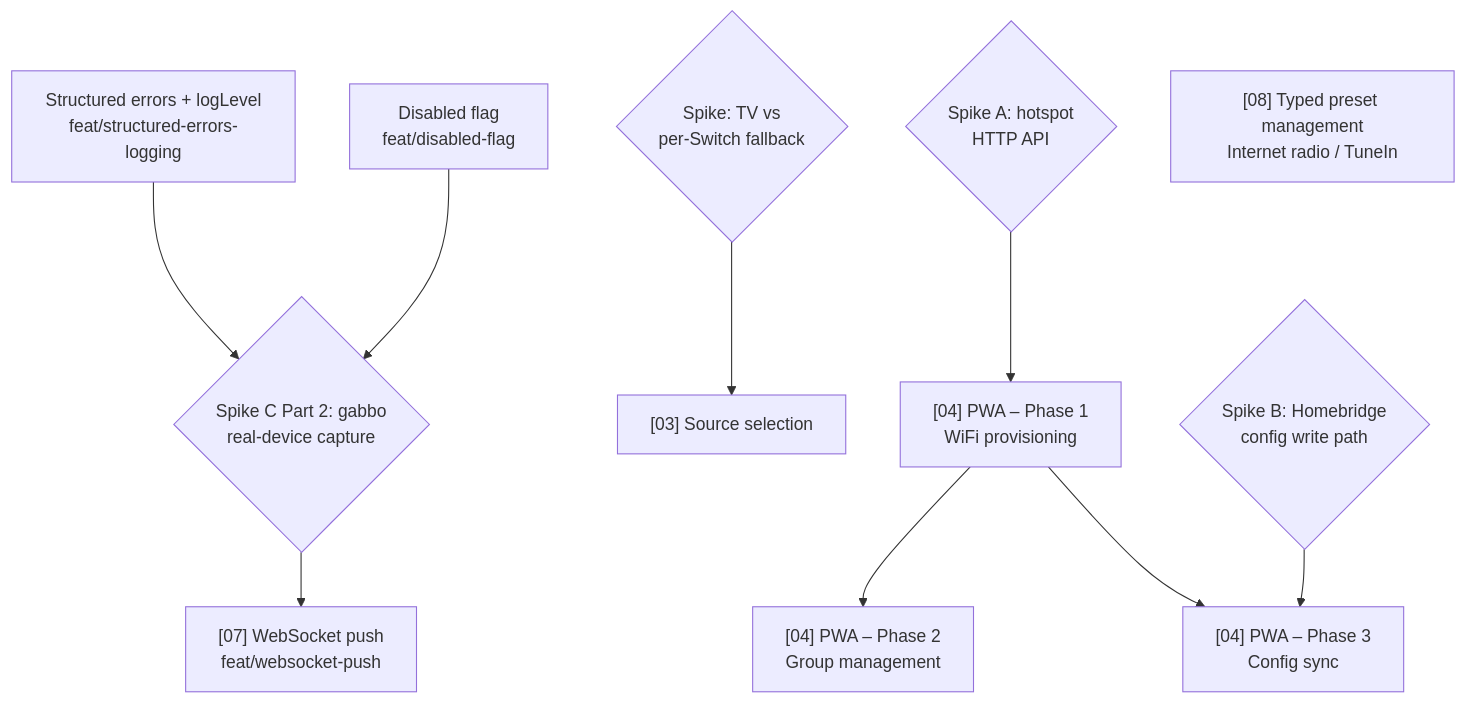
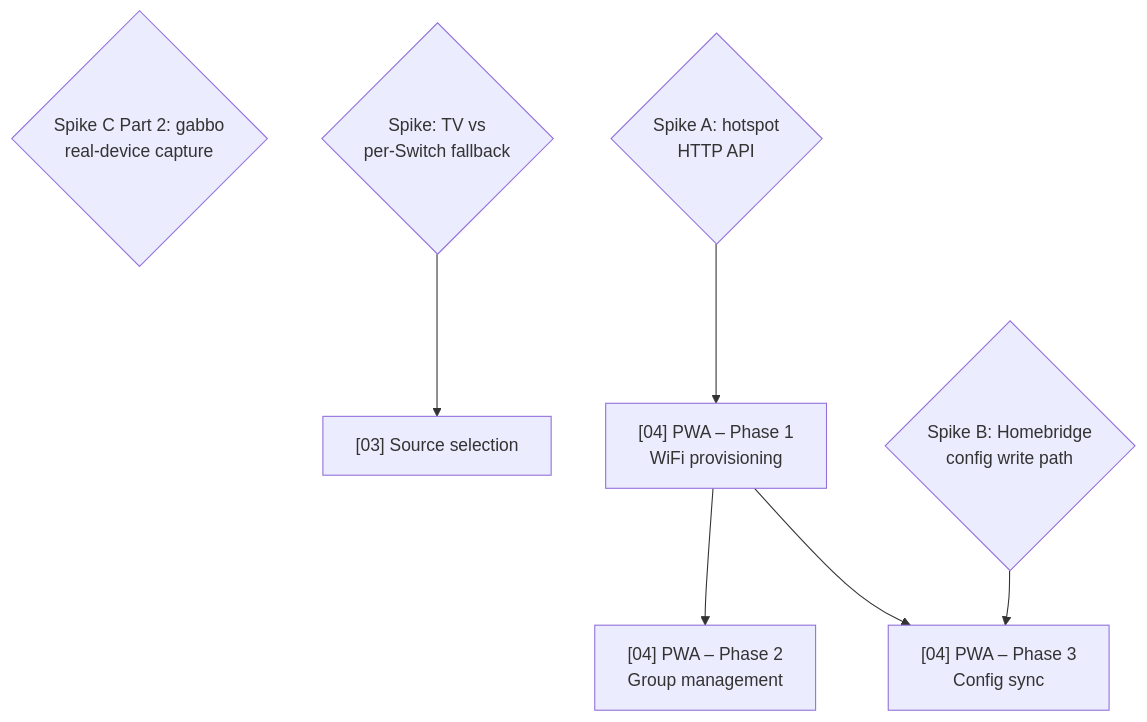
Before and after one commit to forktrucka/homebridge-soundtouch-speaker: the diagram in .claude/skills/technical-lead/ROADMAP.md, drawn with Mermaid. The commit also changed other lines of this file and 6 other files, not shown here.

````diff
--- a/.claude/skills/technical-lead/ROADMAP.md
+++ b/.claude/skills/technical-lead/ROADMAP.md
@@ -12,24 +12,18 @@
 ```mermaid
 flowchart TD
-    DisabledNode["Disabled flag\nfeat/disabled-flag"]
-    LoggingNode["Structured errors + logLevel\nfeat/structured-errors-logging"]
     SpikeC{"Spike C Part 2: gabbo\nreal-device capture"}
-    WSNode["[07] WebSocket push\nfeat/websocket-push"]
     SpikeTV{"Spike: TV vs\nper-Switch fallback"}
     SourceNode["[03] Source selection"]
     SpikeA{"Spike A: hotspot\nHTTP API"}
     SpikeB{"Spike B: Homebridge\nconfig write path"}
     PWA1Node["[04] PWA – Phase 1\nWiFi provisioning"]
     PWA2Node["[04] PWA – Phase 2\nGroup management"]
     PWA3Node["[04] PWA – Phase 3\nConfig sync"]
-    PresetNode["[08] Typed preset management\nInternet radio / TuneIn"]
 
-    DisabledNode --> SpikeC
-    LoggingNode --> SpikeC
-    SpikeC --> WSNode
+    SpikeC
     SpikeTV --> SourceNode
     SpikeA --> PWA1Node
     PWA1Node --> PWA2Node
     SpikeB --> PWA3Node
     PWA1Node --> PWA3Node
 ```
````
